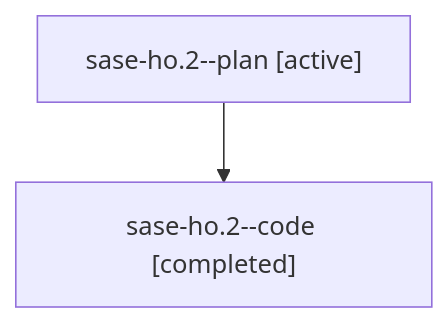
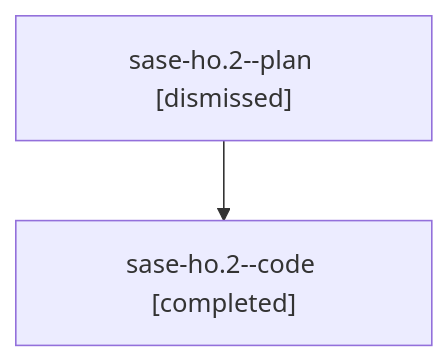
The diagram in sessions/bbugyi200.athena.sase-ho.2.md (sase-org/sase--agents), drawn with Mermaid before and after one commit. The commit also changed other lines of this file and 61 other files, not shown here.

````diff
--- a/sessions/bbugyi200.athena.sase-ho.2.md
+++ b/sessions/bbugyi200.athena.sase-ho.2.md
@@ -9,6 +9,6 @@
 ```mermaid
 flowchart TD
-  n0["sase-ho.2--plan [active]"]
+  n0["sase-ho.2--plan [dismissed]"]
   n1["sase-ho.2--code [completed]"]
   n0 --> n1
 ```
````
